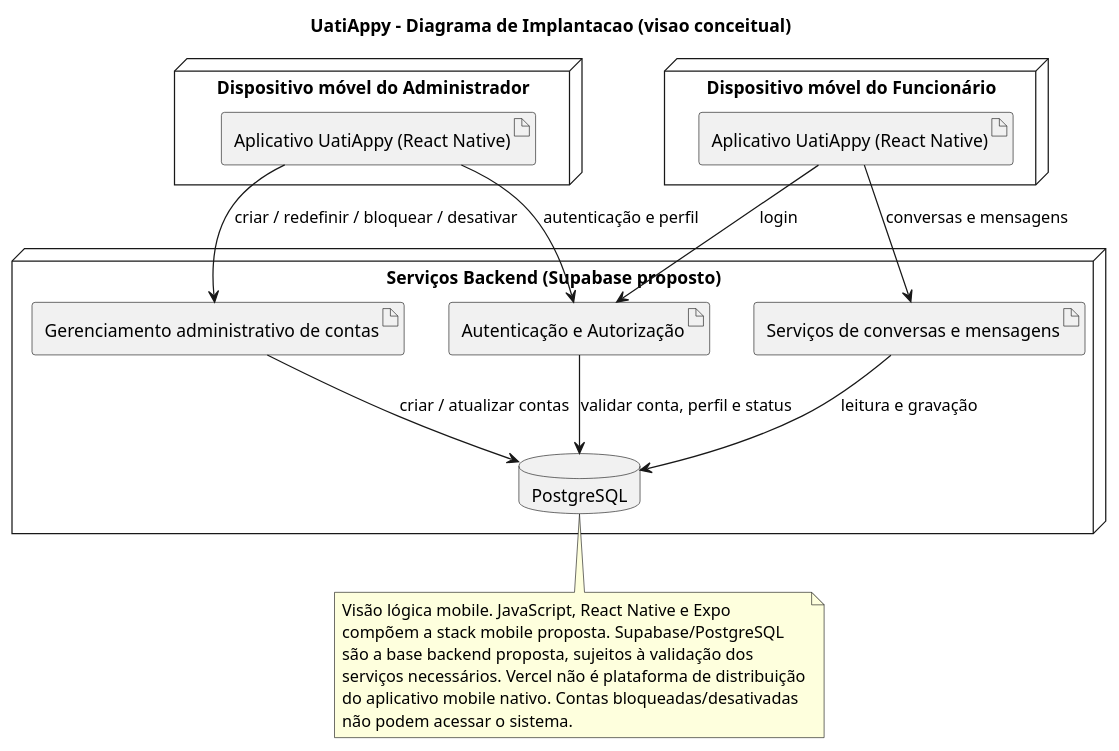
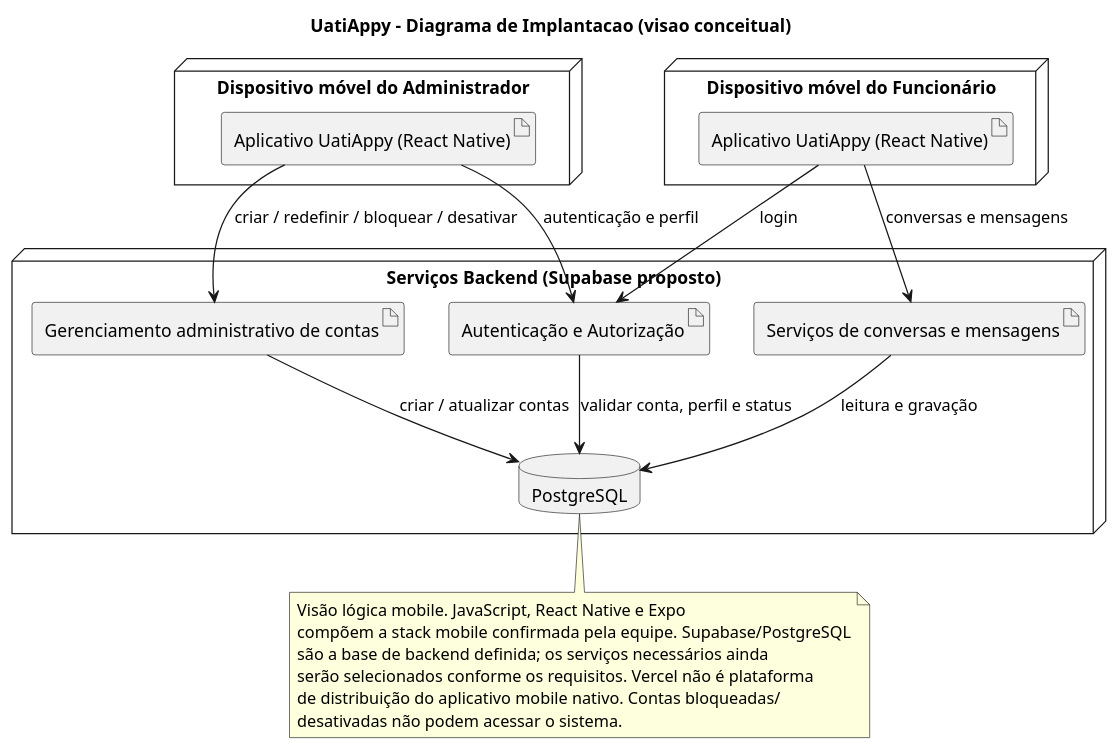
Before and after one commit to daviwanziler/uatiappy-vdois: the fifth of 10 diagrams in Docs/requisitos/escopo-mvp.md, drawn with PlantUML. The commit also changed other lines of this file and 5 other files, not shown here.

First line of the commit message:
docs: alinhar stack mobile e arquitetura do UatiAppy

````diff
--- a/Docs/requisitos/escopo-mvp.md
+++ b/Docs/requisitos/escopo-mvp.md
@@ -396,35 +396,35 @@
 ```plantuml
 @startuml
 title UatiAppy - Diagrama de Implantacao (visao conceitual)
 
 node "Dispositivo móvel do Administrador" as ADMINDEVICE {
   artifact "Aplicativo UatiAppy (React Native)" as ADMINAPP
 }
 node "Dispositivo móvel do Funcionário" as USERDEVICE {
   artifact "Aplicativo UatiAppy (React Native)" as USERAPP
 }
 node "Serviços Backend (Supabase proposto)" as BACKEND {
   artifact "Autenticação e Autorização" as AUTH
   artifact "Gerenciamento administrativo de contas" as ACCOUNT
   artifact "Serviços de conversas e mensagens" as CHAT
   database "PostgreSQL" as DB
 }
 
 ADMINAPP --> AUTH : autenticação e perfil
 USERAPP --> AUTH : login
 ADMINAPP --> ACCOUNT : criar / redefinir / bloquear / desativar
 USERAPP --> CHAT : conversas e mensagens
 AUTH --> DB : validar conta, perfil e status
 ACCOUNT --> DB : criar / atualizar contas
 CHAT --> DB : leitura e gravação
 
 note bottom
   Visão lógica mobile. JavaScript, React Native e Expo
-  compõem a stack mobile proposta. Supabase/PostgreSQL
-  são a base backend proposta, sujeitos à validação dos
-  serviços necessários. Vercel não é plataforma de distribuição
-  do aplicativo mobile nativo. Contas bloqueadas/desativadas
-  não podem acessar o sistema.
+  compõem a stack mobile confirmada pela equipe. Supabase/PostgreSQL
+  são a base de backend definida; os serviços necessários ainda
+  serão selecionados conforme os requisitos. Vercel não é plataforma
+  de distribuição do aplicativo mobile nativo. Contas bloqueadas/
+  desativadas não podem acessar o sistema.
 end note
 @enduml
 ```
````
